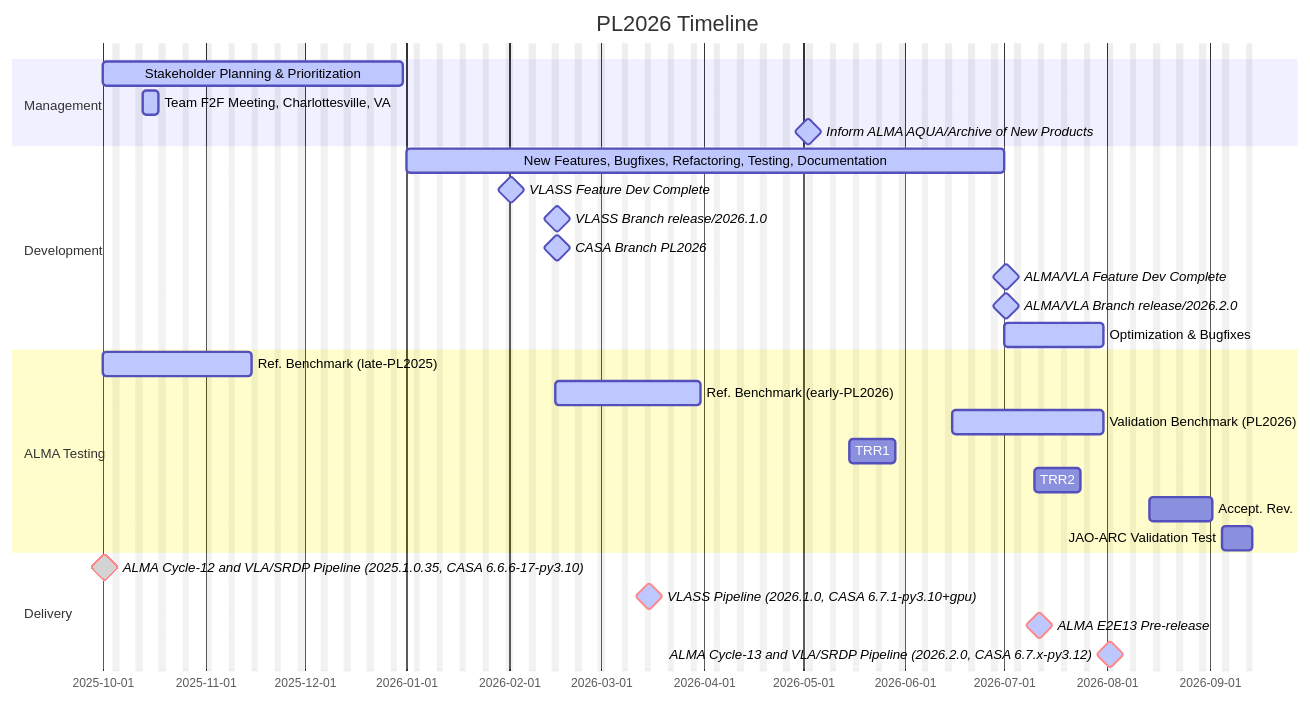
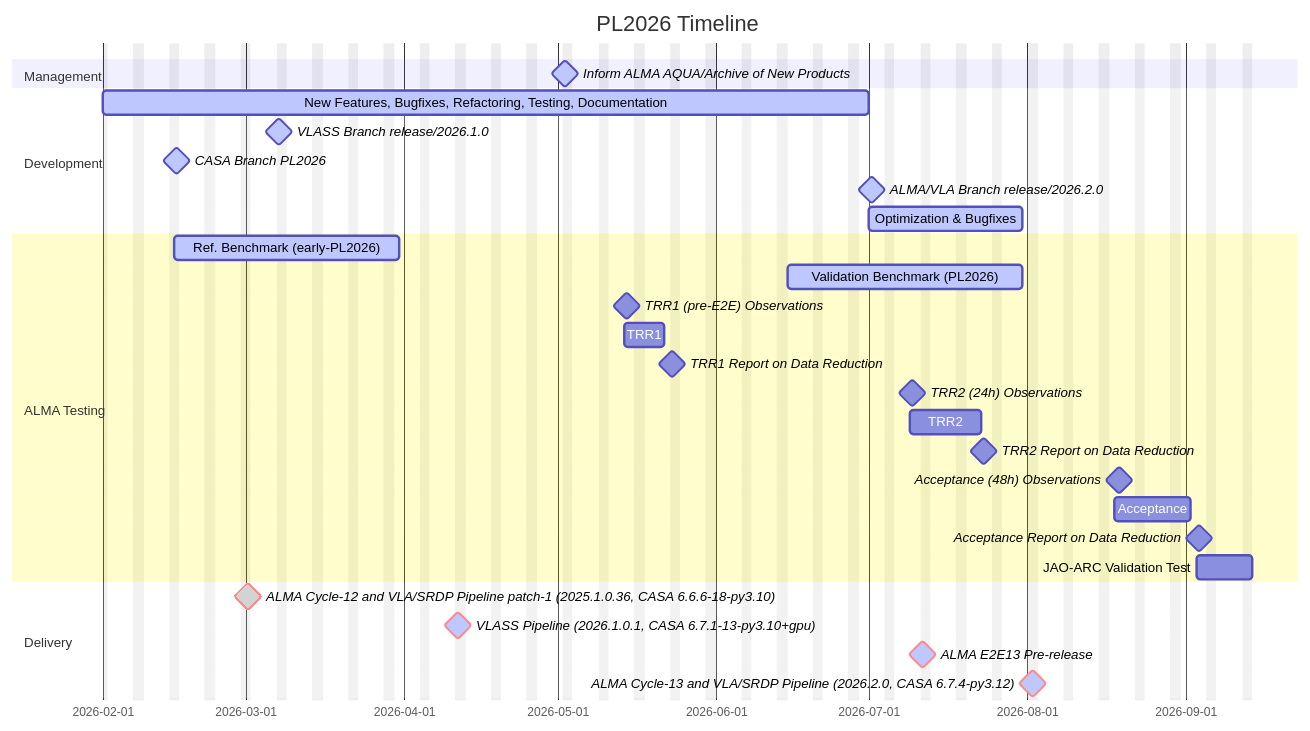
One commit to r-xue/pipeline changed the first of 2 diagrams in docs/source/timeline.md. Above: the diagram before and after it, drawn with Mermaid. The commit also changed other lines of this file, not shown here.

Commit message:
PIPE-2738: Update timeline documentation with tentative ALMA testing schedule and adjust milestone dates

````diff
--- a/docs/source/timeline.md
+++ b/docs/source/timeline.md
@@ -7,36 +7,43 @@
 ```mermaid
 gantt
     title PL2026 Timeline
     dateFormat  YYYY-MM-DD
     tickInterval 1month
     excludes weekends
 
     section Management
-    Stakeholder Planning & Prioritization       :active, des1, 2025-10-01, 2025-12-31
-    Team F2F Meeting, Charlottesville, VA       :active,       2025-10-13, 5d
+    %% Stakeholder Planning & Prioritization       :active, des1, 2025-10-01, 2025-12-31
+    %% Team F2F Meeting, Charlottesville, VA       :active,       2025-10-13, 5d
     Inform ALMA AQUA/Archive of New Products    :active, milestone, 2026-05-01, 1d
 
     section Development
-    New Features, Bugfixes, Refactoring, Testing, Documentation :active,       2026-01-01, 2026-07-01
-    VLASS Feature Dev Complete            :active, milestone, 2026-02-01, 1d
-    VLASS Branch release/2026.1.0         :active, milestone, 2026-02-15, 1d
+    New Features, Bugfixes, Refactoring, Testing, Documentation :active,       2026-02-01, 2026-07-01
+    %% VLASS Feature Dev Complete            :active, milestone, 2026-02-01, 1d
+    VLASS Branch release/2026.1.0         :active, milestone, 2026-03-06, 1d
     CASA Branch PL2026                    :active, milestone, 2026-02-15, 1d
-    ALMA/VLA Feature Dev Complete         :active, milestone, 2026-07-01, 1d
+    %% ALMA/VLA Feature Dev Complete         :active, milestone, 2026-07-01, 1d
     ALMA/VLA Branch release/2026.2.0      :active, milestone, 2026-07-01, 1d
     Optimization & Bugfixes               :active, 2026-07-01, 2026-07-31
 
     section ALMA Testing
-    Ref. Benchmark (late-PL2025)         :active, 2025-10-01, 2025-11-15
+    %% Ref. Benchmark (late-PL2025)         :active, 2025-10-01, 2025-11-15
     Ref. Benchmark (early-PL2026)        :active, 2026-02-15, 2026-03-31
     Validation Benchmark (PL2026)        :active, 2026-06-15, 2026-07-31
-    TRR1                                 :test2, 2026-05-15, 2026-05-29
-    TRR2                                 :test3, 2026-07-10, 2026-07-24
-    Accept. Rev.                         :test4, 2026-08-14, 2026-09-02
-    JAO-ARC Validation Test              :test5, 2026-09-05, 2026-09-14
+    TRR1 (pre-E2E) Observations          :milestone, 2026-05-14, 1d
+    TRR1                                 :test1, 2026-05-14, 2026-05-22
+    TRR1 Report on Data Reduction        :milestone, 2026-05-22, 1d
+    TRR2 (24h) Observations              :milestone, 2026-07-09, 1d
+    TRR2                                 :test2, 2026-07-09, 2026-07-23
+    TRR2 Report on Data Reduction        :milestone, 2026-07-23, 1d
+    Acceptance (48h) Observations        :milestone, 2026-08-18, 2d
+    Acceptance                           :test3, 2026-08-18, 2026-09-02
+    Acceptance Report on Data Reduction  :milestone, 2026-09-03, 1d
+    JAO-ARC Validation Test              :test4, 2026-09-03, 2026-09-14
 
     section Delivery
-    ALMA Cycle-12 and VLA/SRDP Pipeline (2025.1.0.35, CASA 6.6.6-17-py3.10)  :done, crit, milestone, 2025-10-01, 1d
-    VLASS Pipeline (2026.1.0, CASA 6.7.1-py3.10+gpu)             :active, crit, milestone, 2026-03-15, 1d
+    %% ALMA Cycle-12 and VLA/SRDP Pipeline (2025.1.0.35, CASA 6.6.6-17-py3.10)  :done, crit, milestone, 2025-10-01, 1d  
+    ALMA Cycle-12 and VLA/SRDP Pipeline patch-1 (2025.1.0.36, CASA 6.6.6-18-py3.10)  :done, crit, milestone, 2026-03-01, 1d      
+    VLASS Pipeline (2026.1.0.1, CASA 6.7.1-13-py3.10+gpu)             :active, crit, milestone, 2026-04-10, 1d
     ALMA E2E13 Pre-release                :active, crit, milestone, 2026-07-10, 1d
-    ALMA Cycle-13 and VLA/SRDP Pipeline (2026.2.0, CASA 6.7.x-py3.12)     :active, crit, milestone, 2026-08-01, 1d
+    ALMA Cycle-13 and VLA/SRDP Pipeline (2026.2.0, CASA 6.7.4-py3.12)     :active, crit, milestone, 2026-08-01, 1d
 ```
````
